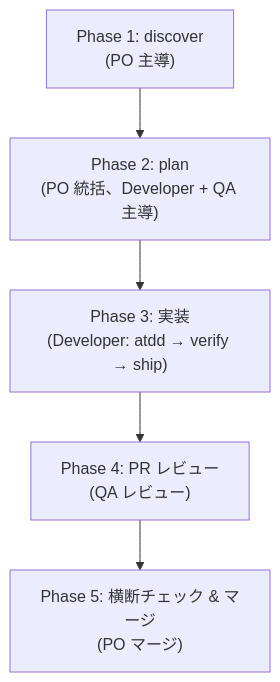
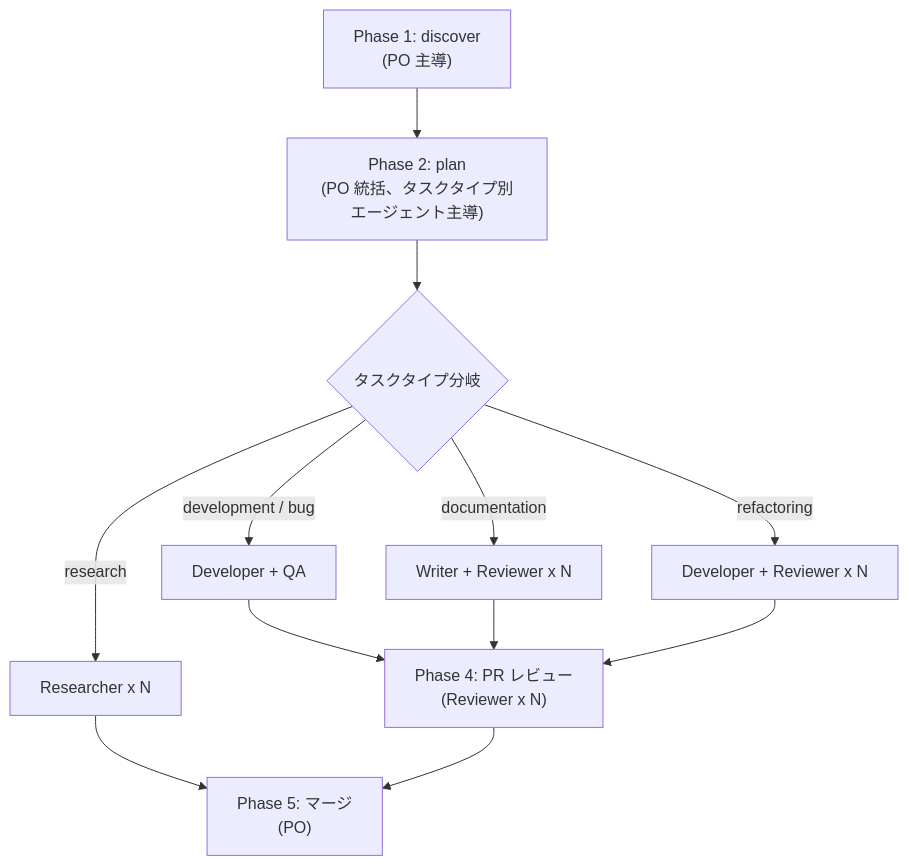
The second of 2 diagrams in README.ja.md (o3-ozono/atdd-kit), drawn with Mermaid before and after one commit. The commit also changed other lines of this file and 8 other files, not shown here.

````diff
--- a/README.ja.md
+++ b/README.ja.md
@@ -121,7 +123,14 @@
 ```mermaid
 flowchart TD
-  P1["Phase 1: discover\n(PO 主導)"] --> P2["Phase 2: plan\n(PO 統括、Developer + QA 主導)"]
-  P2 --> P3["Phase 3: 実装\n(Developer: atdd → verify → ship)"]
-  P3 --> P4["Phase 4: PR レビュー\n(QA レビュー)"]
-  P4 --> P5["Phase 5: 横断チェック & マージ\n(PO マージ)"]
+  P1["Phase 1: discover\n(PO 主導)"] --> P2["Phase 2: plan\n(PO 統括、タスクタイプ別エージェント主導)"]
+  P2 --> P3{"タスクタイプ分岐"}
+  P3 -->|development / bug| P3a["Developer + QA"]
+  P3 -->|research| P3b["Researcher x N"]
+  P3 -->|documentation| P3c["Writer + Reviewer x N"]
+  P3 -->|refactoring| P3d["Developer + Reviewer x N"]
+  P3a --> P4["Phase 4: PR レビュー\n(Reviewer x N)"]
+  P3b --> P5["Phase 5: マージ\n(PO)"]
+  P3c --> P4
+  P3d --> P4
+  P4 --> P5
 ```
````
